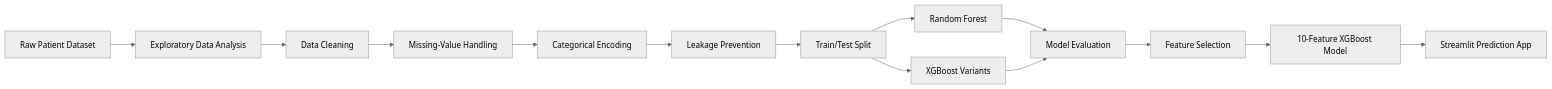
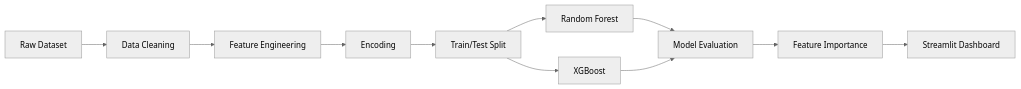
One commit to Muhler20/Colon-Cancer-Survival-Prediction changed the diagram in README.md. Above: the diagram before and after it, drawn with Mermaid (neutral theme). The commit also changed other lines of this file, not shown here.

````diff
--- a/README.md
+++ b/README.md
@@ -53,16 +93,24 @@
 ```mermaid
 flowchart LR
-    A[Raw Patient Dataset] --> B[Exploratory Data Analysis]
-    B --> C[Data Cleaning]
-    C --> D[Missing-Value Handling]
-    D --> E[Categorical Encoding]
-    E --> F[Leakage Prevention]
-    F --> G[Train/Test Split]
-    G --> H[Random Forest]
-    G --> I[XGBoost Variants]
-    H --> J[Model Evaluation]
-    I --> J
-    J --> K[Feature Selection]
-    K --> L[10-Feature XGBoost Model]
-    L --> M[Streamlit Prediction App]
+
+A[Raw Dataset]
+-->B[Data Cleaning]
+
+B-->C[Feature Engineering]
+
+C-->D[Encoding]
+
+D-->E[Train/Test Split]
+
+E-->F[Random Forest]
+
+E-->G[XGBoost]
+
+F-->H[Model Evaluation]
+
+G-->H
+
+H-->I[Feature Importance]
+
+I-->J[Streamlit Dashboard]
 ```
````
